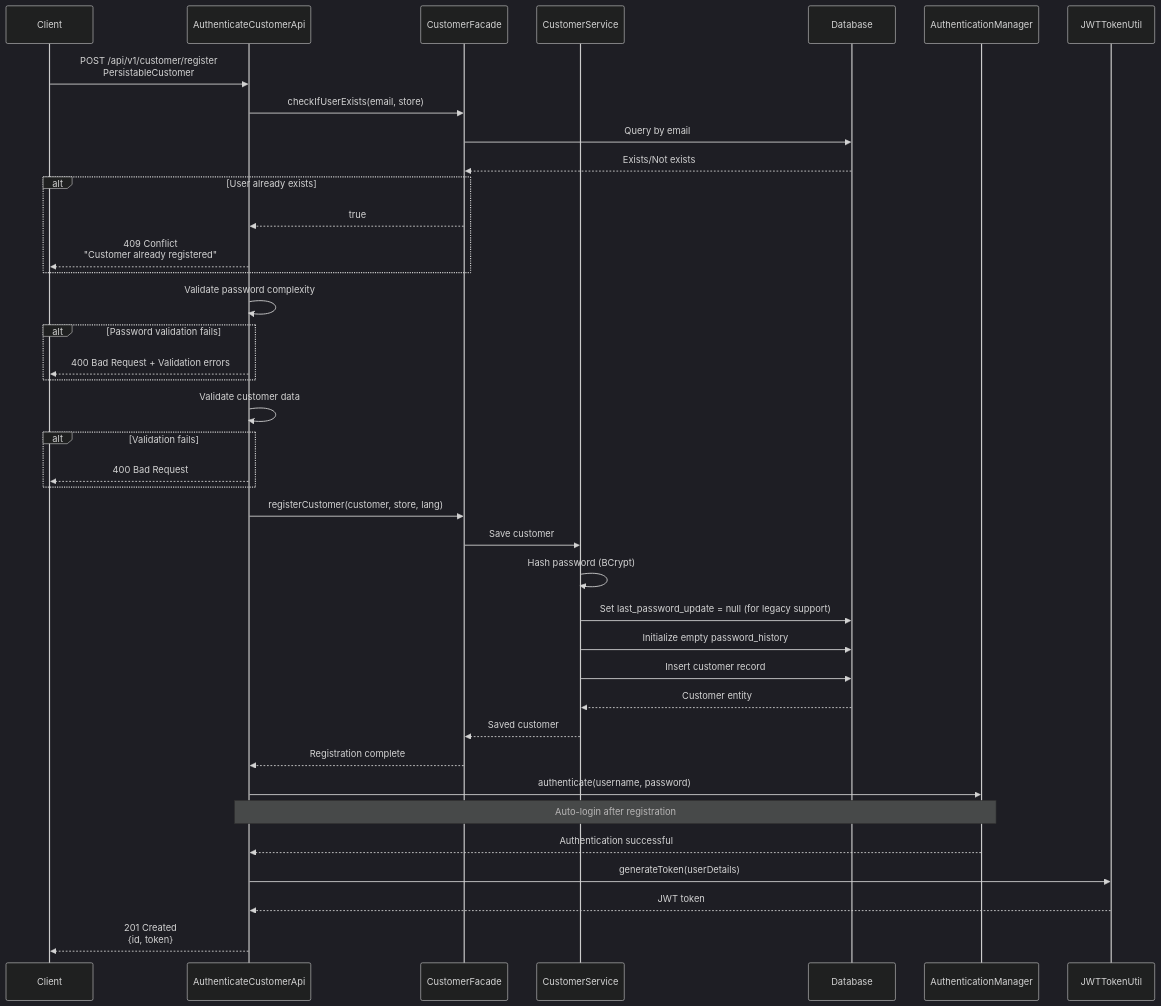
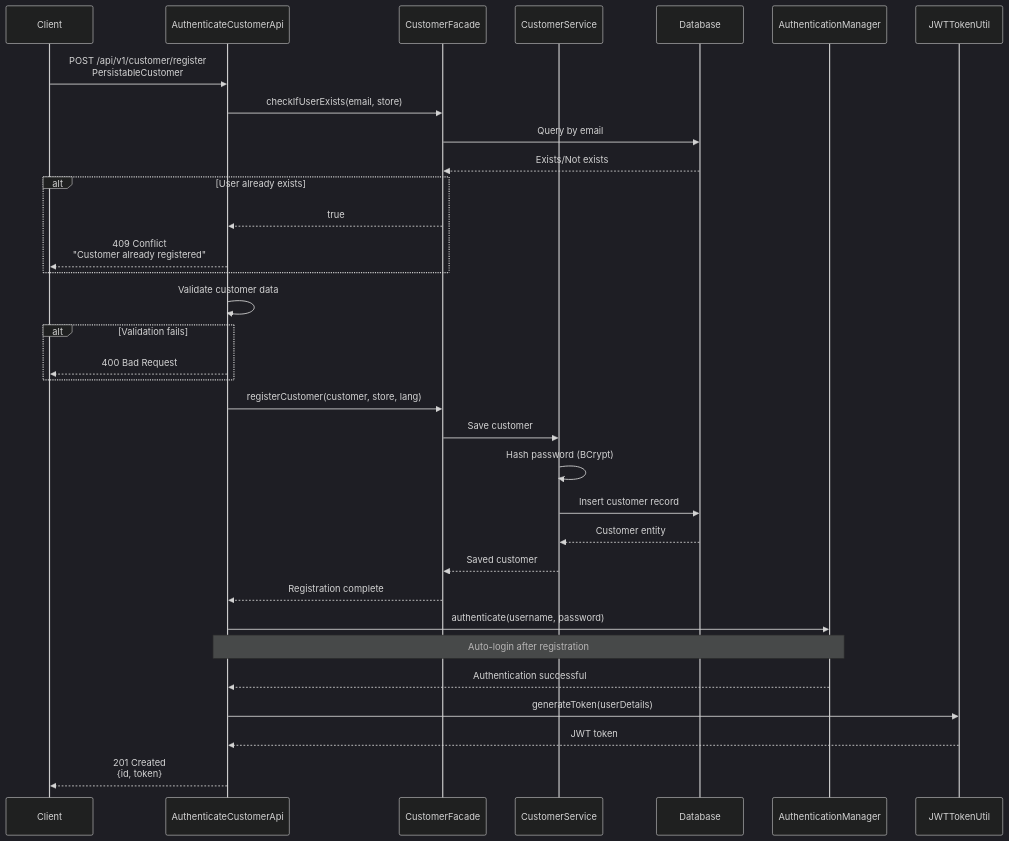
One commit to vmatviichuk-epam/shopizer changed the fourth of 4 diagrams in docs/login-process.md. Above: the diagram before and after it, drawn with Mermaid (dark theme). The commit also changed other lines of this file, not shown here.

````diff
--- a/docs/login-process.md
+++ b/docs/login-process.md
@@ -394,54 +272,45 @@
 ```mermaid
 sequenceDiagram
     participant Client
     participant AuthAPI as AuthenticateCustomerApi
     participant CustomerFacade
     participant CustomerSvc as CustomerService
     participant DB as Database
     participant AuthMgr as AuthenticationManager
     participant TokenUtil as JWTTokenUtil
 
     Client->>AuthAPI: POST /api/v1/customer/register<br/>PersistableCustomer
 
     AuthAPI->>CustomerFacade: checkIfUserExists(email, store)
     CustomerFacade->>DB: Query by email
     DB-->>CustomerFacade: Exists/Not exists
 
     alt User already exists
         CustomerFacade-->>AuthAPI: true
         AuthAPI-->>Client: 409 Conflict<br/>"Customer already registered"
     end
 
-    AuthAPI->>AuthAPI: Validate password complexity
-    alt Password validation fails
-        AuthAPI-->>Client: 400 Bad Request + Validation errors
-    end
-
     AuthAPI->>AuthAPI: Validate customer data
 
     alt Validation fails
         AuthAPI-->>Client: 400 Bad Request
     end
 
     AuthAPI->>CustomerFacade: registerCustomer(customer, store, lang)
     CustomerFacade->>CustomerSvc: Save customer
     CustomerSvc->>CustomerSvc: Hash password (BCrypt)
-
-    CustomerSvc->>DB: Set last_password_update = null (for legacy support)
-    CustomerSvc->>DB: Initialize empty password_history
-
     CustomerSvc->>DB: Insert customer record
     DB-->>CustomerSvc: Customer entity
     CustomerSvc-->>CustomerFacade: Saved customer
     CustomerFacade-->>AuthAPI: Registration complete
 
     AuthAPI->>AuthMgr: authenticate(username, password)
     Note over AuthAPI,AuthMgr: Auto-login after registration
 
     AuthMgr-->>AuthAPI: Authentication successful
 
     AuthAPI->>TokenUtil: generateToken(userDetails)
     TokenUtil-->>AuthAPI: JWT token
 
     AuthAPI-->>Client: 201 Created<br/>{id, token}
 ```
````
